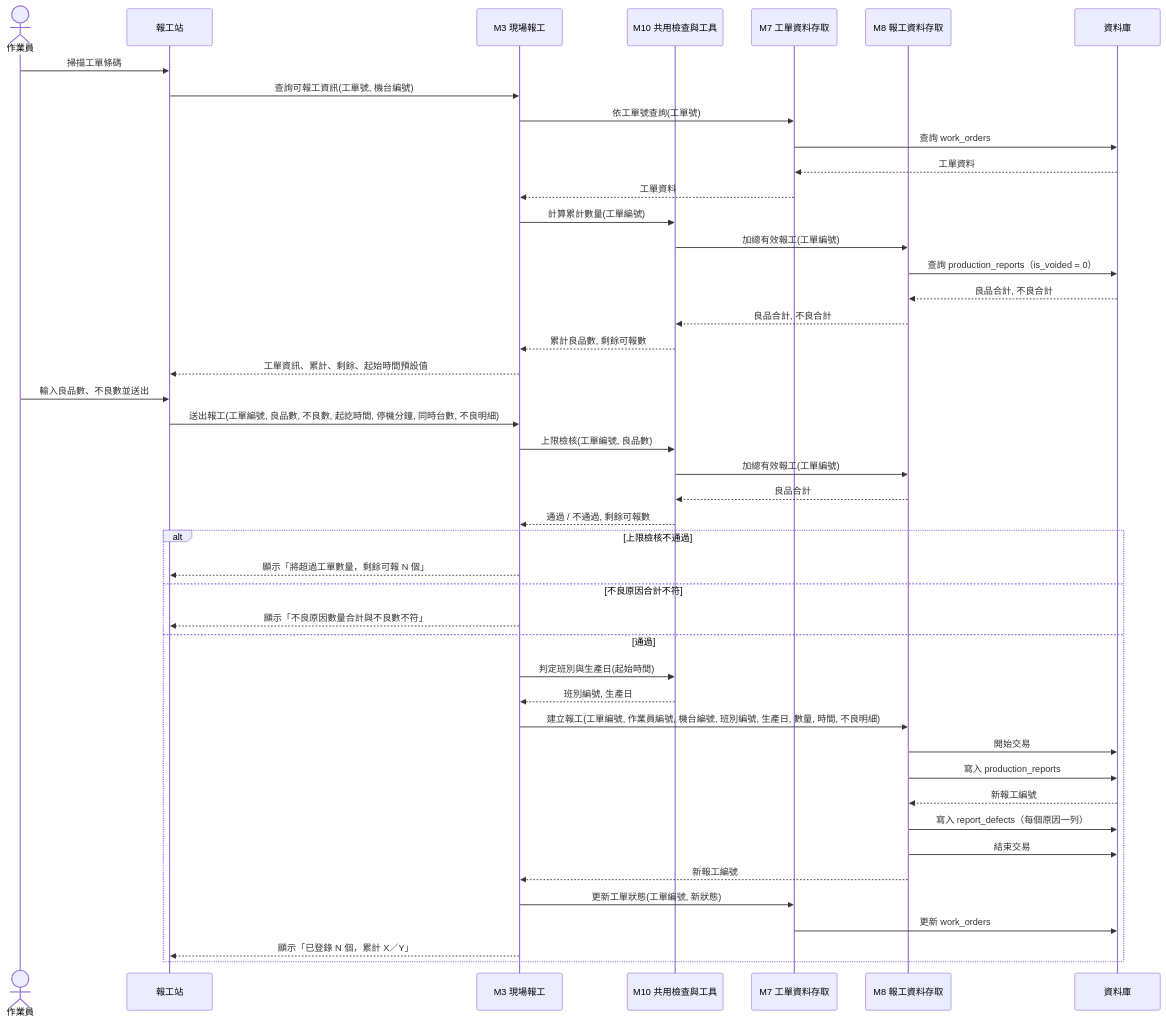
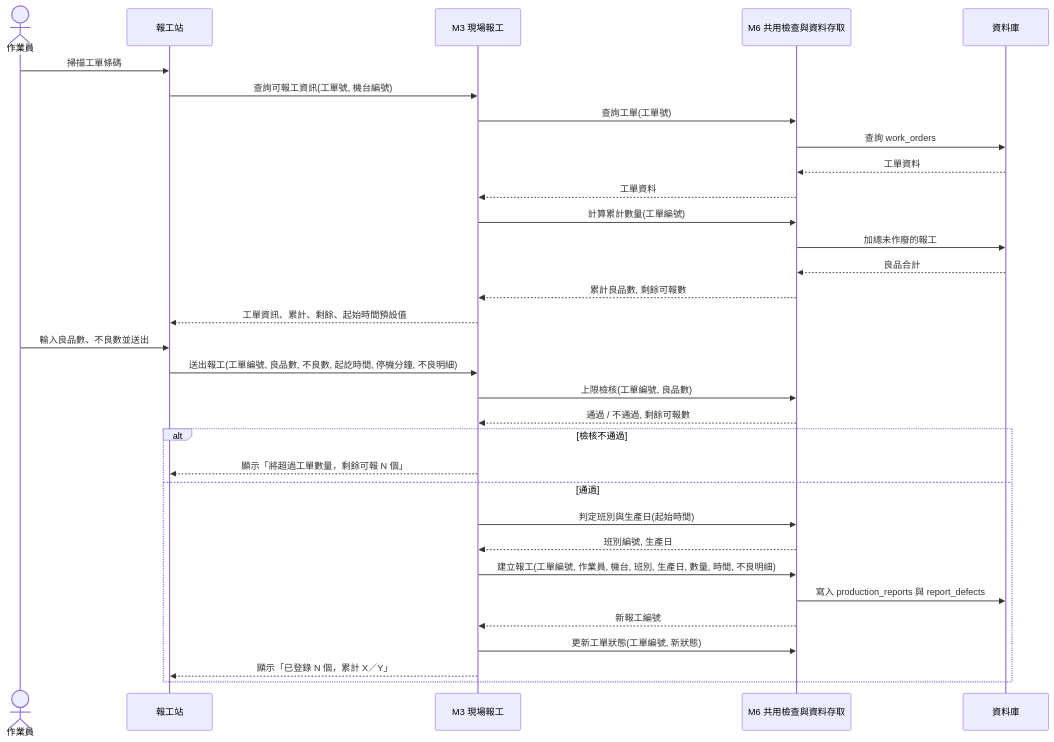
The fourth of 8 diagrams in 03-example-reports/Design-Phase-Sample-Report.md (billy1125/system-analysis-and-design), drawn with Mermaid before and after one commit. The commit also changed other lines of this file and 1 other file, not shown here.

First line of the commit message:
Slim the design sample report down to a second-year workload

````diff
--- a/03-example-reports/Design-Phase-Sample-Report.md
+++ b/03-example-reports/Design-Phase-Sample-Report.md
@@ -502,50 +348,37 @@
 ```mermaid
 sequenceDiagram
     actor U as 作業員
     participant T as 報工站
     participant M3 as M3 現場報工
-    participant M10 as M10 共用檢查與工具
-    participant M7 as M7 工單資料存取
-    participant M8 as M8 報工資料存取
+    participant M6 as M6 共用檢查與資料存取
     participant DB as 資料庫
 
     U->>T: 掃描工單條碼
     T->>M3: 查詢可報工資訊(工單號, 機台編號)
-    M3->>M7: 依工單號查詢(工單號)
-    M7->>DB: 查詢 work_orders
-    DB-->>M7: 工單資料
-    M7-->>M3: 工單資料
-    M3->>M10: 計算累計數量(工單編號)
-    M10->>M8: 加總有效報工(工單編號)
-    M8->>DB: 查詢 production_reports（is_voided = 0）
-    DB-->>M8: 良品合計, 不良合計
-    M8-->>M10: 良品合計, 不良合計
-    M10-->>M3: 累計良品數, 剩餘可報數
+    M3->>M6: 查詢工單(工單號)
+    M6->>DB: 查詢 work_orders
+    DB-->>M6: 工單資料
+    M6-->>M3: 工單資料
+    M3->>M6: 計算累計數量(工單編號)
+    M6->>DB: 加總未作廢的報工
+    DB-->>M6: 良品合計
+    M6-->>M3: 累計良品數, 剩餘可報數
     M3-->>T: 工單資訊、累計、剩餘、起始時間預設值
 
     U->>T: 輸入良品數、不良數並送出
-    T->>M3: 送出報工(工單編號, 良品數, 不良數, 起訖時間, 停機分鐘, 同時台數, 不良明細)
-    M3->>M10: 上限檢核(工單編號, 良品數)
-    M10->>M8: 加總有效報工(工單編號)
-    M8-->>M10: 良品合計
-    M10-->>M3: 通過 / 不通過, 剩餘可報數
+    T->>M3: 送出報工(工單編號, 良品數, 不良數, 起訖時間, 停機分鐘, 不良明細)
+    M3->>M6: 上限檢核(工單編號, 良品數)
+    M6-->>M3: 通過 / 不通過, 剩餘可報數
 
-    alt 上限檢核不通過
+    alt 檢核不通過
         M3-->>T: 顯示「將超過工單數量，剩餘可報 N 個」
-    else 不良原因合計不符
-        M3-->>T: 顯示「不良原因數量合計與不良數不符」
     else 通過
-        M3->>M10: 判定班別與生產日(起始時間)
-        M10-->>M3: 班別編號, 生產日
-        M3->>M8: 建立報工(工單編號, 作業員編號, 機台編號, 班別編號, 生產日, 數量, 時間, 不良明細)
-        M8->>DB: 開始交易
-        M8->>DB: 寫入 production_reports
-        DB-->>M8: 新報工編號
-        M8->>DB: 寫入 report_defects（每個原因一列）
-        M8->>DB: 結束交易
-        M8-->>M3: 新報工編號
-        M3->>M7: 更新工單狀態(工單編號, 新狀態)
-        M7->>DB: 更新 work_orders
+        M3->>M6: 判定班別與生產日(起始時間)
+        M6-->>M3: 班別編號, 生產日
+        M3->>M6: 建立報工(工單編號, 作業員, 機台, 班別, 生產日, 數量, 時間, 不良明細)
+        M6->>DB: 寫入 production_reports 與 report_defects
+        M6-->>M3: 新報工編號
+        M3->>M6: 更新工單狀態(工單編號, 新狀態)
         M3-->>T: 顯示「已登錄 N 個，累計 X／Y」
     end
 ```
````
